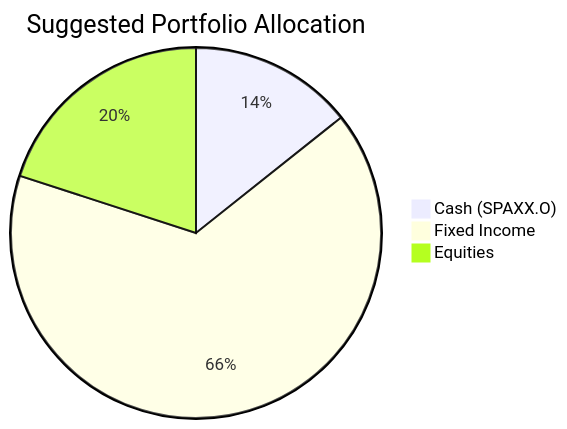
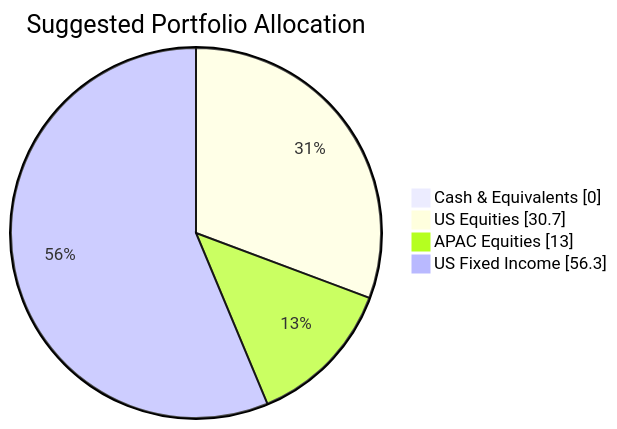
One commit to roger249/Bot-collaboration changed the second of 2 diagrams in docs/sample outputs/client_product_fit_analysis_wl-2.md. Above: the diagram before and after it, drawn with Mermaid. The commit also changed other lines of this file and 16 other files, not shown here.

````diff
--- a/docs/sample outputs/client_product_fit_analysis_wl-2.md
+++ b/docs/sample outputs/client_product_fit_analysis_wl-2.md
@@ -51,6 +67,8 @@
 ```mermaid
-pie title Suggested Portfolio Allocation
-    "Cash (SPAXX.O)" : 14.3
-    "Fixed Income" : 65.7
-    "Equities" : 20
+pie showData
+    title Suggested Portfolio Allocation
+    "Cash & Equivalents" : 0.0
+    "US Equities" : 30.7
+    "APAC Equities" : 13.0
+    "US Fixed Income" : 56.3
 ```
````
